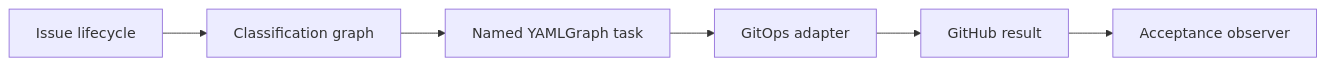
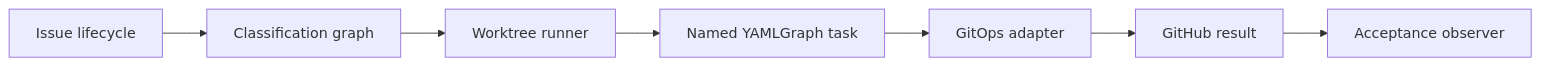
Before and after one commit to sheikkinen/gitclaw: the diagram in docs/refactoring-plan.md, drawn with Mermaid. The commit also changed other lines of this file and 1 other file, not shown here.

Commit message:
docs(architecture): define classified worktree process

````diff
--- a/docs/refactoring-plan.md
+++ b/docs/refactoring-plan.md
@@ -12,8 +12,9 @@
 ```mermaid
 flowchart LR
     I[Issue lifecycle] --> C[Classification graph]
-    C --> T[Named YAMLGraph task]
+  C --> W[Worktree runner]
+  W --> T[Named YAMLGraph task]
     T --> G[GitOps adapter]
     G --> R[GitHub result]
     R --> O[Acceptance observer]
 ```
````
